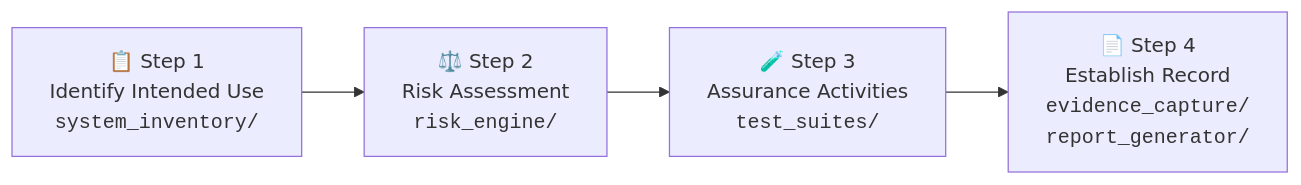
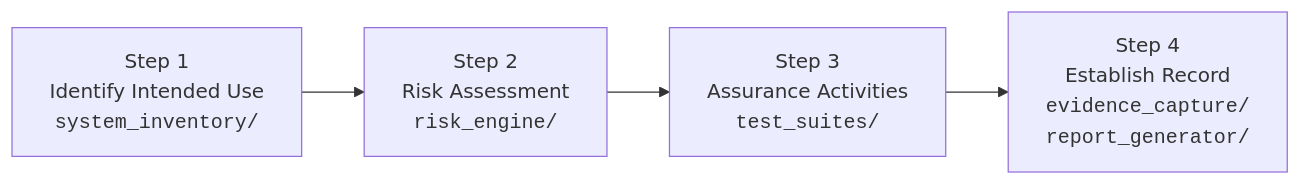
One commit to MiltonKlun/CSA_Pharma_Framework changed the diagram in README.md. Above: the diagram before and after it, drawn with Mermaid. The commit also changed other lines of this file, not shown here.

````diff
--- a/README.md
+++ b/README.md
@@ -38,6 +38,6 @@
 ```mermaid
 graph LR
-    A["📋 Step 1<br/>Identify Intended Use<br/><code>system_inventory/</code>"] --> B["⚖️ Step 2<br/>Risk Assessment<br/><code>risk_engine/</code>"]
-    B --> C["🧪 Step 3<br/>Assurance Activities<br/><code>test_suites/</code>"]
-    C --> D["📄 Step 4<br/>Establish Record<br/><code>evidence_capture/</code><br/><code>report_generator/</code>"]
+    A["Step 1<br/>Identify Intended Use<br/><code>system_inventory/</code>"] --> B["Step 2<br/>Risk Assessment<br/><code>risk_engine/</code>"]
+    B --> C["Step 3<br/>Assurance Activities<br/><code>test_suites/</code>"]
+    C --> D["Step 4<br/>Establish Record<br/><code>evidence_capture/</code><br/><code>report_generator/</code>"]
 ```
````
